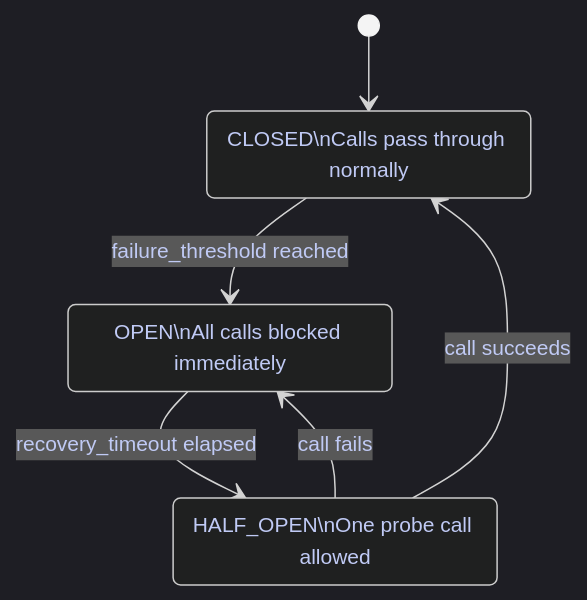
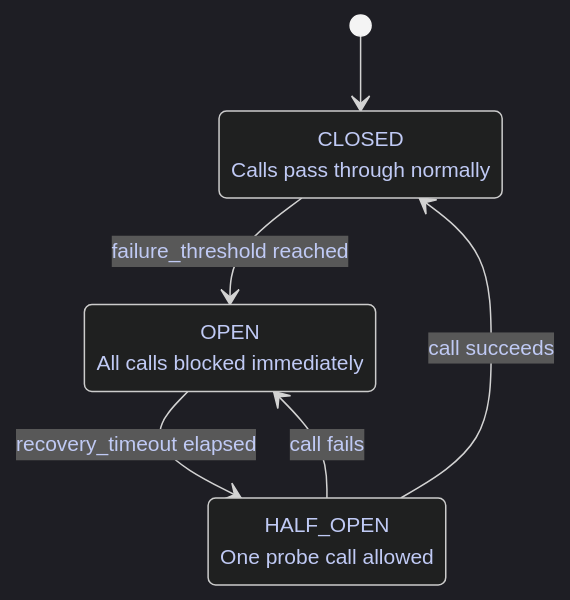
One commit to alp78/elysium changed the fourth of 5 diagrams in content/14-Data-Architecture/04-APIs-and-Protocols/01-rest-api-design-and-consumption.md. Above: the diagram before and after it, drawn with Mermaid. The commit also changed other lines of this file and 114 other files, not shown here.

````diff
--- a/content/14-Data-Architecture/04-APIs-and-Protocols/01-rest-api-design-and-consumption.md
+++ b/content/14-Data-Architecture/04-APIs-and-Protocols/01-rest-api-design-and-consumption.md
@@ -1140,24 +1140,24 @@
 ```mermaid
 %%{init: {'theme': 'dark', 'themeVariables': {
   'primaryColor': '#292e42',
   'primaryTextColor': '#c0caf5',
   'primaryBorderColor': '#565f89',
   'lineColor': '#565f89',
   'secondaryColor': '#1a1b26',
   'tertiaryColor': '#24283b',
   'noteTextColor': '#c0caf5',
   'noteBkgColor': '#292e42',
   'textColor': '#c0caf5',
   'fontSize': '14px'
 }}}%%
 stateDiagram-v2
     [*] --> CLOSED
     CLOSED --> OPEN: failure_threshold reached
     OPEN --> HALF_OPEN: recovery_timeout elapsed
     HALF_OPEN --> CLOSED: call succeeds
     HALF_OPEN --> OPEN: call fails
 
-    CLOSED: CLOSED\nCalls pass through normally
-    OPEN: OPEN\nAll calls blocked immediately
-    HALF_OPEN: HALF_OPEN\nOne probe call allowed
+    CLOSED: CLOSED<br/>Calls pass through normally
+    OPEN: OPEN<br/>All calls blocked immediately
+    HALF_OPEN: HALF_OPEN<br/>One probe call allowed
 ```
````
